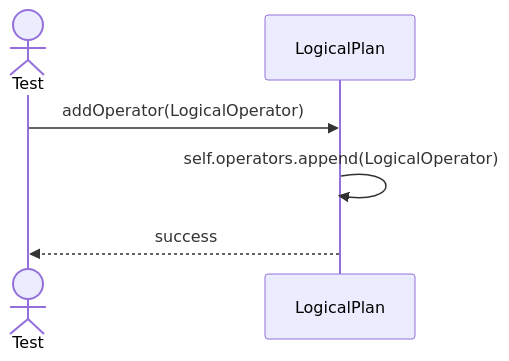
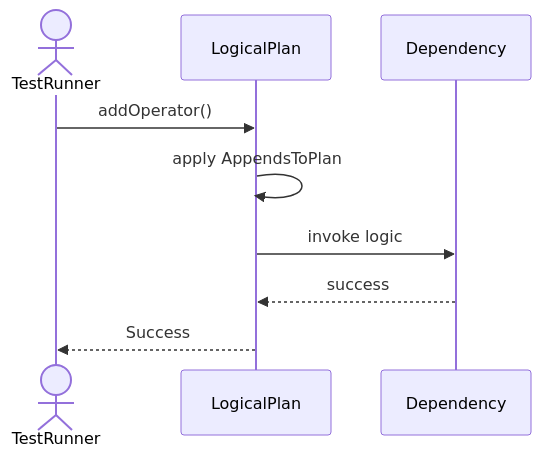
The second of 5 diagrams in Sequences/QueryProcessor/LogicalPlan.md (TamBui1706/DBMS), drawn with Mermaid before and after one commit. The commit also changed other lines of this file and 63 other files, not shown here.

Commit message:
Draw sequence diagram for unit tests

````diff
--- a/Sequences/QueryProcessor/LogicalPlan.md
+++ b/Sequences/QueryProcessor/LogicalPlan.md
@@ -27,9 +31,10 @@
 ```mermaid
 sequenceDiagram
-    actor Test
+    actor TestRunner
     participant LogicalPlan
-
-    Test->>LogicalPlan: addOperator(LogicalOperator)
-    LogicalPlan->>LogicalPlan: self.operators.append(LogicalOperator)
-    LogicalPlan-->>Test: success
+    TestRunner->>LogicalPlan: addOperator()
+    LogicalPlan->>LogicalPlan: apply AppendsToPlan
+    LogicalPlan->>Dependency: invoke logic
+    Dependency-->>LogicalPlan: success
+    LogicalPlan-->>TestRunner: Success
 ```
````
